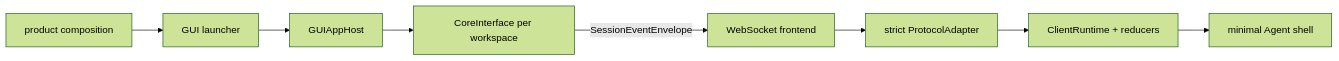
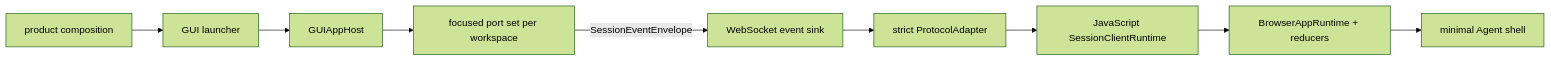
The diagram in docs/platform/frontend-gui.md (czh869452912/ccode-win7), drawn with Mermaid (forest theme) before and after one commit. The commit also changed other lines of this file and 16 other files, not shown here.

Commit message:
docs: close cli client runtime convergence

````diff
--- a/docs/platform/frontend-gui.md
+++ b/docs/platform/frontend-gui.md
@@ -31,10 +32,11 @@
 ```mermaid
 flowchart LR
     P["product composition"] --> L["GUI launcher"]
     L --> H["GUIAppHost"]
-    H --> C["CoreInterface per workspace"]
-    C -->|SessionEventEnvelope| W["WebSocket frontend"]
+    H --> C["focused port set per workspace"]
+    C -->|SessionEventEnvelope| W["WebSocket event sink"]
     W --> PA["strict ProtocolAdapter"]
-    PA --> R["ClientRuntime + reducers"]
+    PA --> S["JavaScript SessionClientRuntime"]
+    S --> R["BrowserAppRuntime + reducers"]
     R --> U["minimal Agent shell"]
 ```
````
